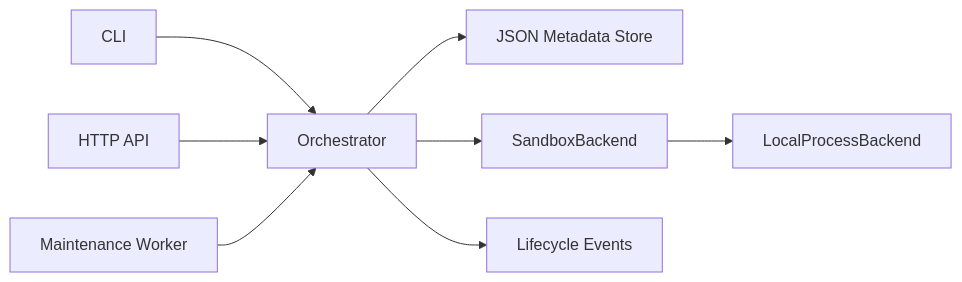
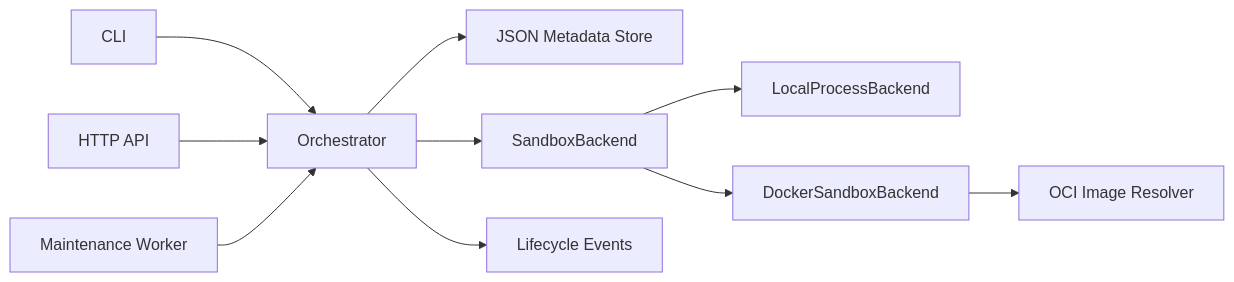
Before and after one commit to ge3m0r/agentenv-py: the first of 2 diagrams in docs/architecture.md, drawn with Mermaid. The commit also changed other lines of this file and 17 other files, not shown here.

````diff
--- a/docs/architecture.md
+++ b/docs/architecture.md
@@ -5,10 +5,12 @@
 ```mermaid
 flowchart LR
     CLI["CLI"] --> O["Orchestrator"]
     API["HTTP API"] --> O
     O --> S["JSON Metadata Store"]
     O --> B["SandboxBackend"]
     B --> L["LocalProcessBackend"]
+    B --> D["DockerSandboxBackend"]
+    D --> OCI["OCI Image Resolver"]
     O --> E["Lifecycle Events"]
     M["Maintenance Worker"] --> O
 ```
````
